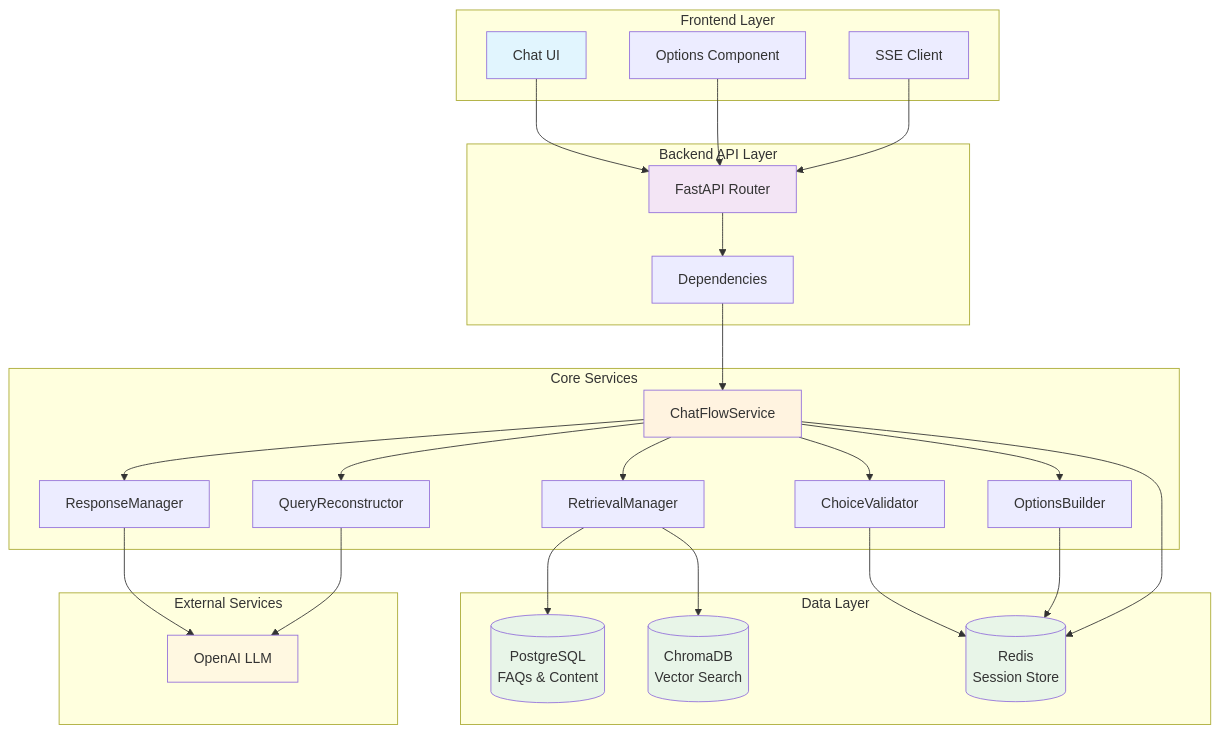
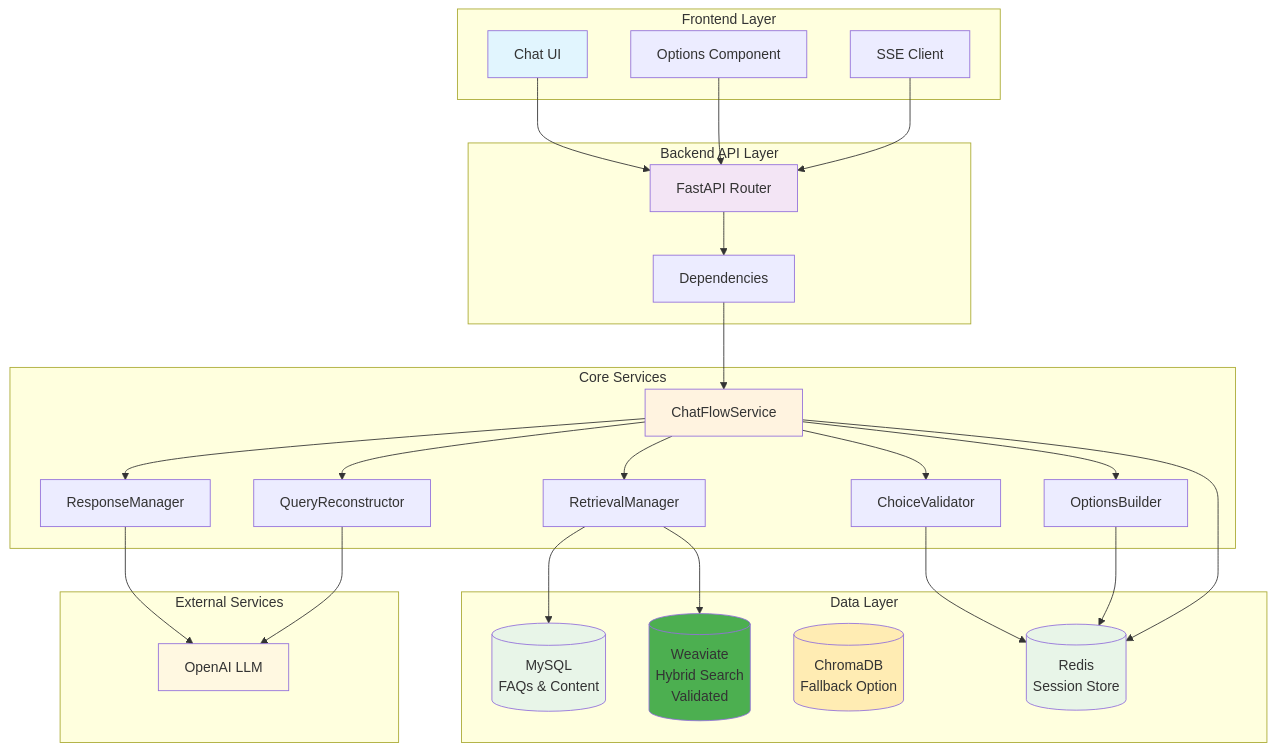
Before and after one commit to louis11-le/ai-conversational-admissions-assistant: the fifth of 7 diagrams in backend/system-docs/end-to-end-system-overview.md, drawn with Mermaid. The commit also changed other lines of this file and 1 other file, not shown here.

Commit message:
implement Weaviate for FAQ storage and hybrid search (vector + BM25)

````diff
--- a/backend/system-docs/end-to-end-system-overview.md
+++ b/backend/system-docs/end-to-end-system-overview.md
@@ -181,62 +184,64 @@
 ```mermaid
 graph TB
     subgraph "Frontend Layer"
         UI[Chat UI]
         OPT[Options Component]
         SSE[SSE Client]
     end
 
     subgraph "Backend API Layer"
         API[FastAPI Router]
         DEP[Dependencies]
     end
 
     subgraph "Core Services"
         CF[ChatFlowService]
         RM[RetrievalManager]
         CM[ResponseManager]
         CV[ChoiceValidator]
         OB[OptionsBuilder]
         QR[QueryReconstructor]
     end
 
     subgraph "Data Layer"
-        PG[(PostgreSQL<br/>FAQs & Content)]
-        CH[(ChromaDB<br/>Vector Search)]
+        PG[(MySQL<br/>FAQs & Content)]
+        WV[(Weaviate<br/>Hybrid Search<br/>Validated)]
+        CH[(ChromaDB<br/>Fallback Option)]
         RD[(Redis<br/>Session Store)]
     end
 
     subgraph "External Services"
         LLM[OpenAI LLM]
     end
 
     UI --> API
     OPT --> API
     SSE --> API
 
     API --> DEP
     DEP --> CF
 
     CF --> RM
     CF --> CM
     CF --> CV
     CF --> OB
     CF --> QR
 
-    RM --> CH
+    RM --> WV
     RM --> PG
     CM --> LLM
     CV --> RD
     OB --> RD
     QR --> LLM
 
     CF --> RD
 
     style UI fill:#e1f5fe
     style API fill:#f3e5f5
     style CF fill:#fff3e0
     style PG fill:#e8f5e8
-    style CH fill:#e8f5e8
+    style WV fill:#4caf50
+    style CH fill:#ffecb3
     style RD fill:#e8f5e8
     style LLM fill:#fff8e1
 ```
````
